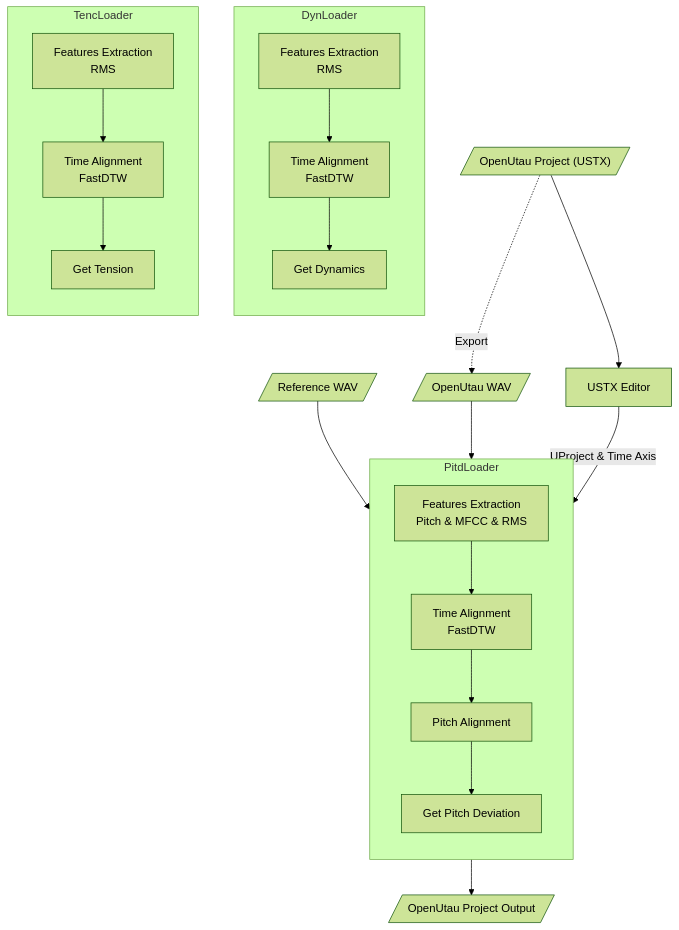
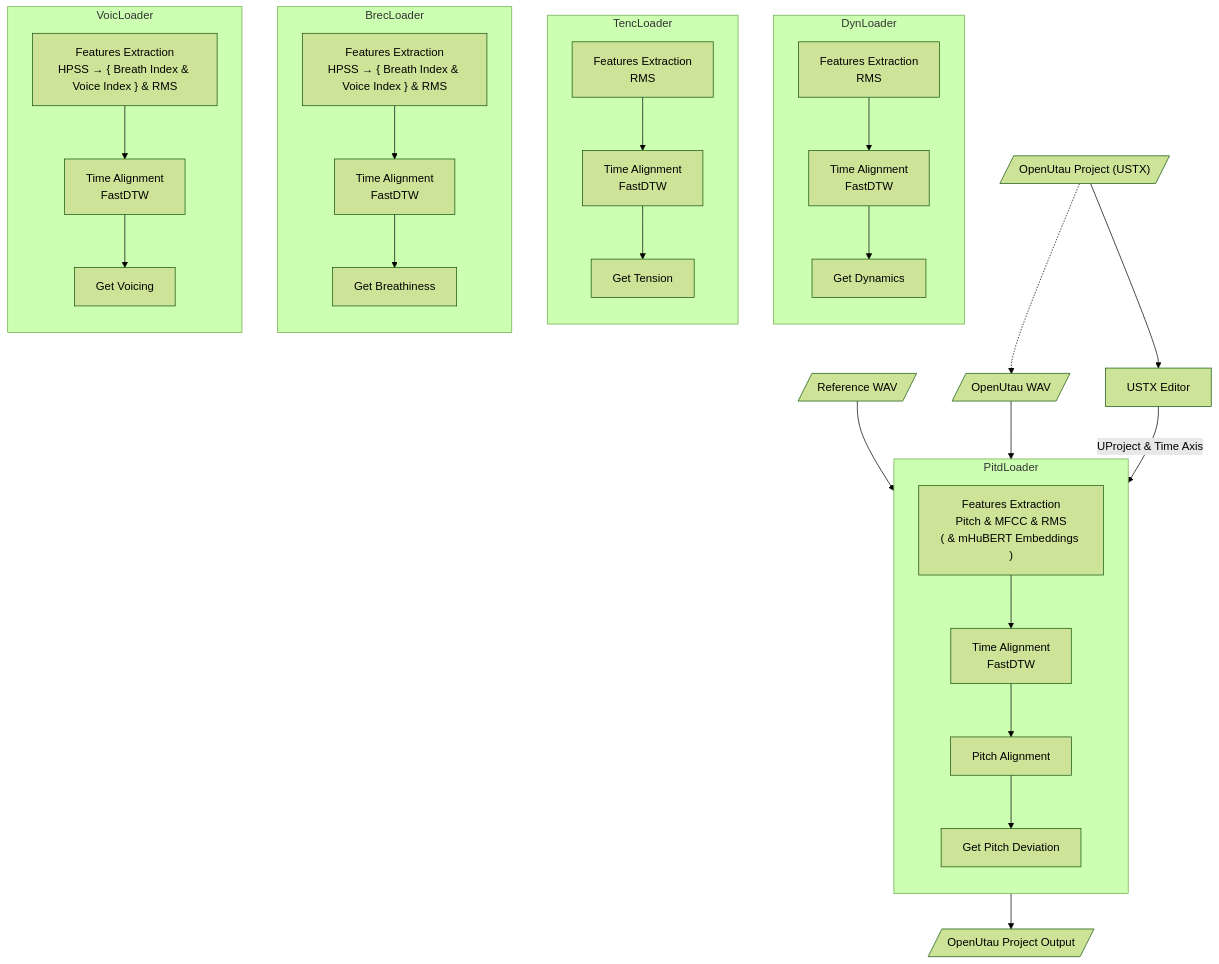
One commit to NewComer00/expressive changed the diagram in README.en.md. Above: the diagram before and after it, drawn with Mermaid (forest theme). The commit also changed other lines of this file and 25 other files, not shown here.

````diff
--- a/README.en.md
+++ b/README.en.md
@@ -248,52 +292,74 @@
 ```mermaid
 graph TB;
   ustx_in[/"OpenUtau Project (USTX)"/]
   refwav[/"Reference WAV"/]
   utauwav[/"OpenUtau WAV"/]
   refwav-->feat_pitd
-  ustx_in-.->|Export|utauwav
+  ustx_in-.->utauwav
   utauwav-->feat_pitd
 
   ustx_editor["USTX Editor"]
   ustx_in-->ustx_editor
   ustx_editor-->|UProject & Time Axis|PitdLoader
 
   subgraph PitdLoader
     direction TB
-    feat_pitd["Features Extraction<br>Pitch & MFCC & RMS"]
+    feat_pitd["Features Extraction<br>Pitch & MFCC & RMS<br>( & mHuBERT Embeddings )"]
 
     time_pitd["Time Alignment<br>FastDTW"]
     feat_pitd-->time_pitd
 
     pitch_algn["Pitch Alignment"]
     time_pitd-->pitch_algn
 
     get_pitd["Get Pitch Deviation"]
     pitch_algn-->get_pitd
   end
 
-  utsx_out[/"OpenUtau Project Output"/]
-  get_pitd-->utsx_out
+  ustx_out[/"OpenUtau Project Output"/]
+  get_pitd-->ustx_out
 
   subgraph DynLoader
     direction TB
     feat_dyn["Features Extraction<br>RMS"]
 
     time_dyn["Time Alignment<br>FastDTW"]
     feat_dyn-->time_dyn
 
     get_dyn["Get Dynamics"]
     time_dyn-->get_dyn
   end
 
   subgraph TencLoader
     direction TB
     feat_tenc["Features Extraction<br>RMS"]
 
     time_tenc["Time Alignment<br>FastDTW"]
     feat_tenc-->time_tenc
 
     get_tenc["Get Tension"]
     time_tenc-->get_tenc
   end
+
+  subgraph BrecLoader
+    direction TB
+    feat_brec["Features Extraction<br>HPSS → { Breath Index & Voice Index } & RMS"]
+
+    time_brec["Time Alignment<br>FastDTW"]
+    feat_brec-->time_brec
+
+    get_brec["Get Breathiness"]
+    time_brec-->get_brec
+  end
+
+  subgraph VoicLoader
+    direction TB
+    feat_voic["Features Extraction<br>HPSS → { Breath Index & Voice Index } & RMS"]
+
+    time_voic["Time Alignment<br>FastDTW"]
+    feat_voic-->time_voic
+
+    get_voic["Get Voicing"]
+    time_voic-->get_voic
+  end
 ```
````
